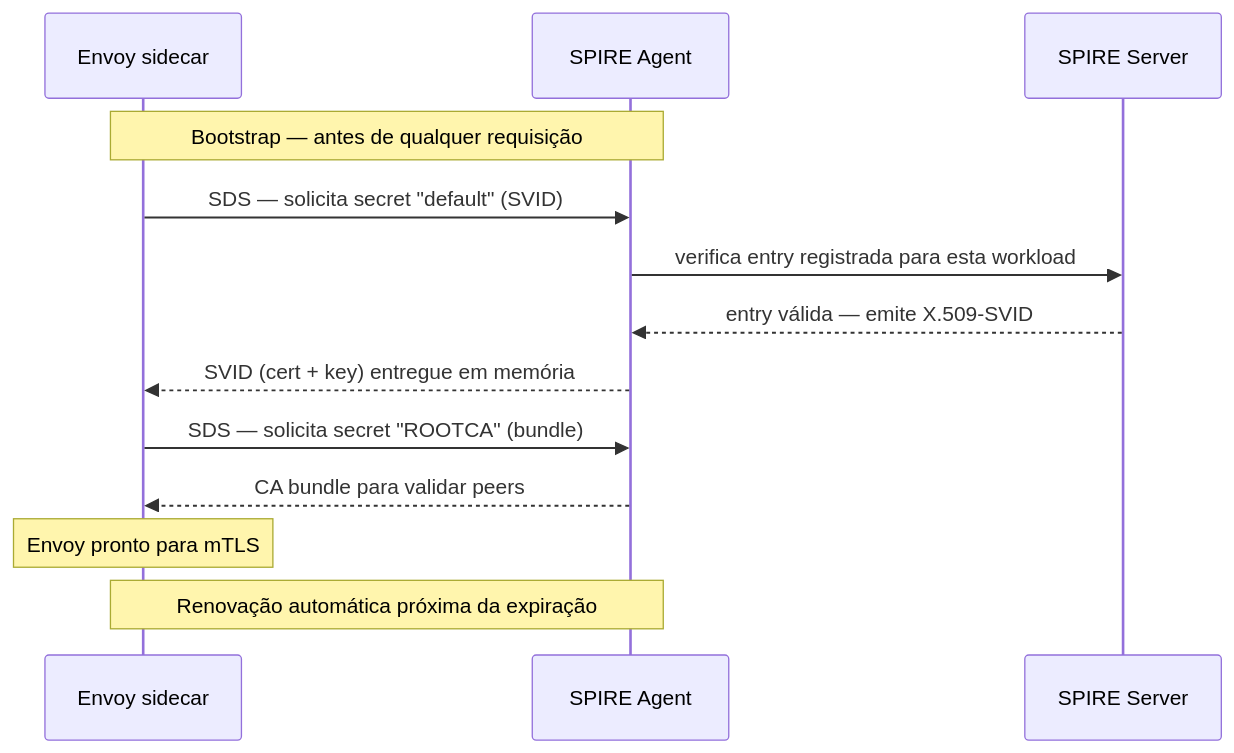
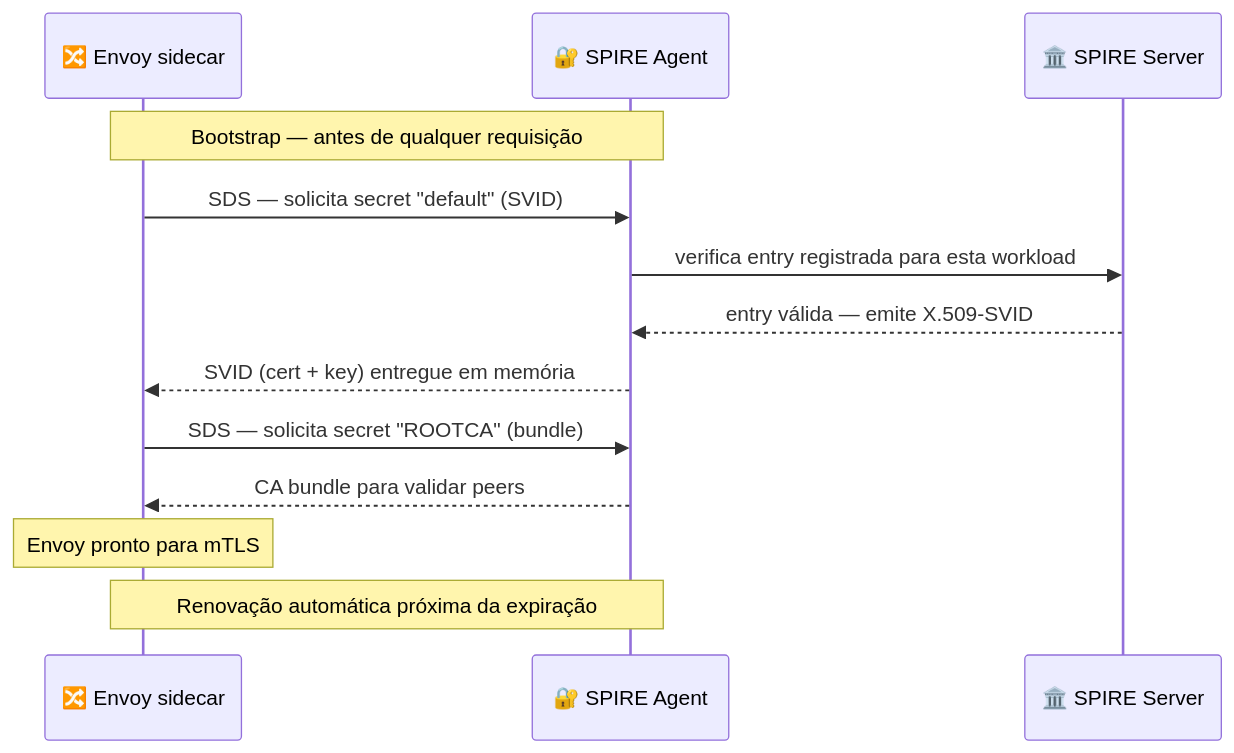
One commit to glmrleite/spiffe-spire-workload-identity-lab changed the second of 3 diagrams in lab02-mtls-envoy/README.md. Above: the diagram before and after it, drawn with Mermaid. The commit also changed other lines of this file and 3 other files, not shown here.

````diff
--- a/lab02-mtls-envoy/README.md
+++ b/lab02-mtls-envoy/README.md
@@ -71,18 +71,18 @@
 ```mermaid
 sequenceDiagram
-    participant E as Envoy sidecar
-    participant S as SPIRE Agent
-    participant C as SPIRE Server
+    participant E as 🔀 Envoy sidecar
+    participant S as 🔐 SPIRE Agent
+    participant C as 🏛️ SPIRE Server
 
     Note over E,S: Bootstrap — antes de qualquer requisição
     E->>S: SDS — solicita secret "default" (SVID)
     S->>C: verifica entry registrada para esta workload
     C-->>S: entry válida — emite X.509-SVID
     S-->>E: SVID (cert + key) entregue em memória
 
     E->>S: SDS — solicita secret "ROOTCA" (bundle)
     S-->>E: CA bundle para validar peers
 
     Note over E: Envoy pronto para mTLS
     Note over E,S: Renovação automática próxima da expiração
 ```
````
